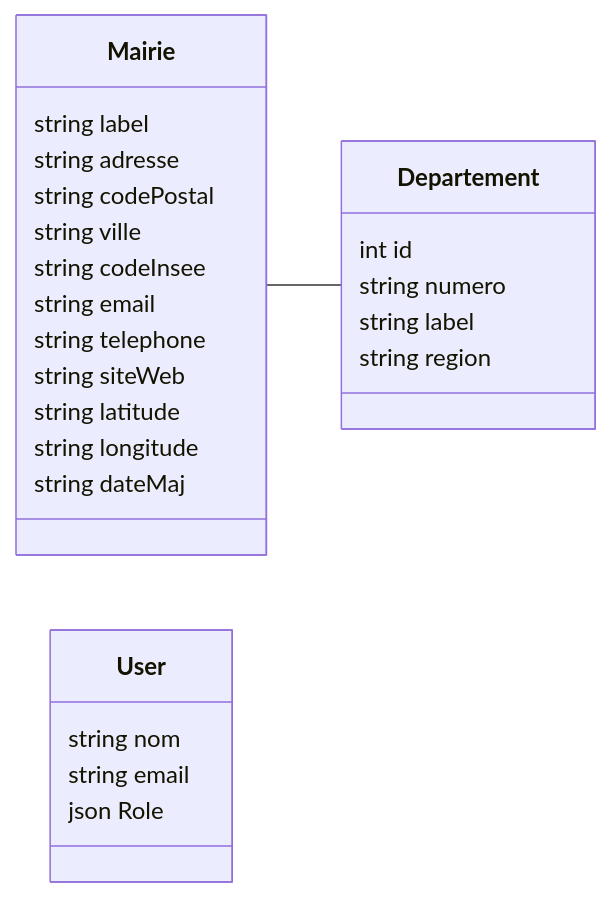
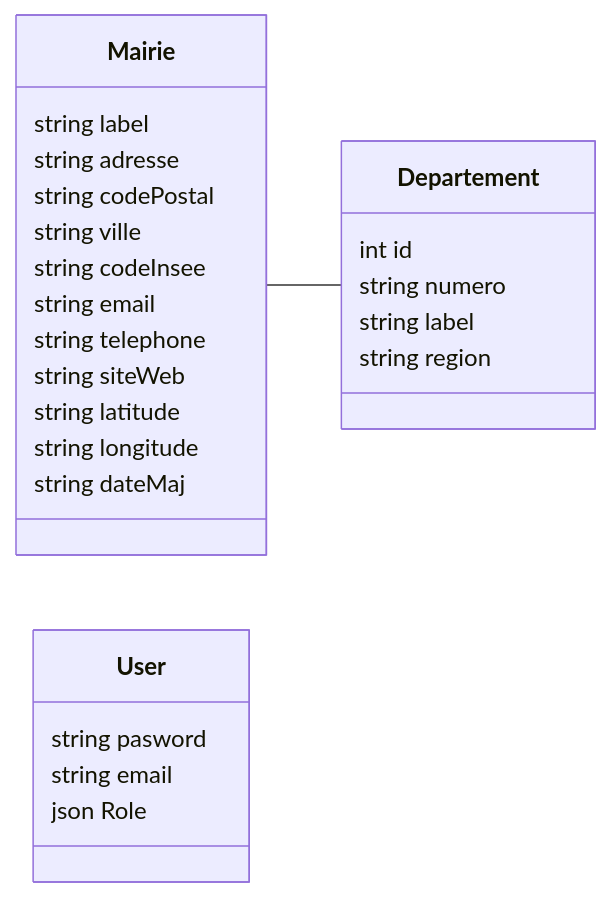
The diagram in README.md (HugoBiegas/Biegas_Hugo_exam_api), drawn with Mermaid before and after one commit.

````diff
--- a/README.md
+++ b/README.md
@@ -37,23 +37,23 @@
 ```mermaid
     classDiagram
         direction LR
         Mairie -- Departement
-        User : string nom
+        User : string pasword
         User : string email
         User : json Role 
         Departement : int id
         Departement : string numero
         Departement : string label
         Departement : string region
         Mairie : string label
         Mairie : string adresse
         Mairie : string codePostal
         Mairie : string ville
         Mairie : string codeInsee
         Mairie : string email
         Mairie : string telephone
         Mairie : string siteWeb
         Mairie : string latitude
         Mairie : string longitude
         Mairie : string dateMaj
 ```
````
